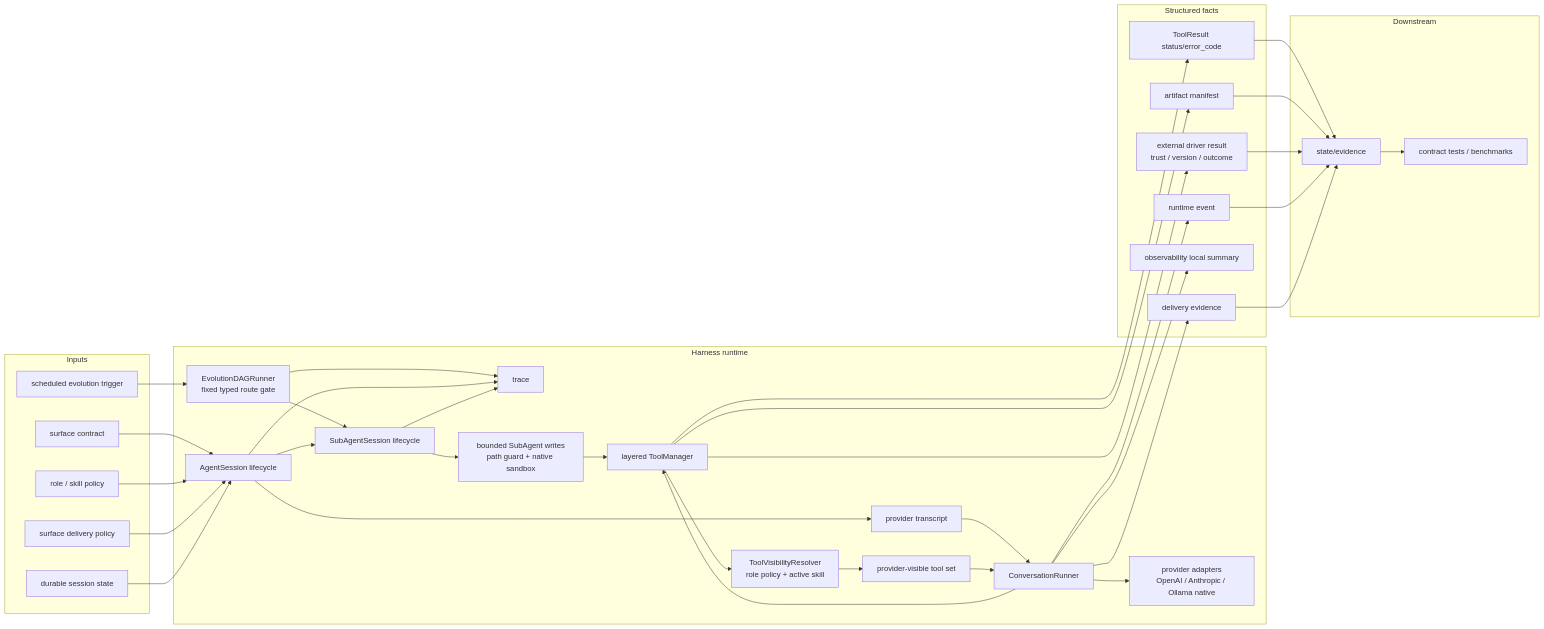
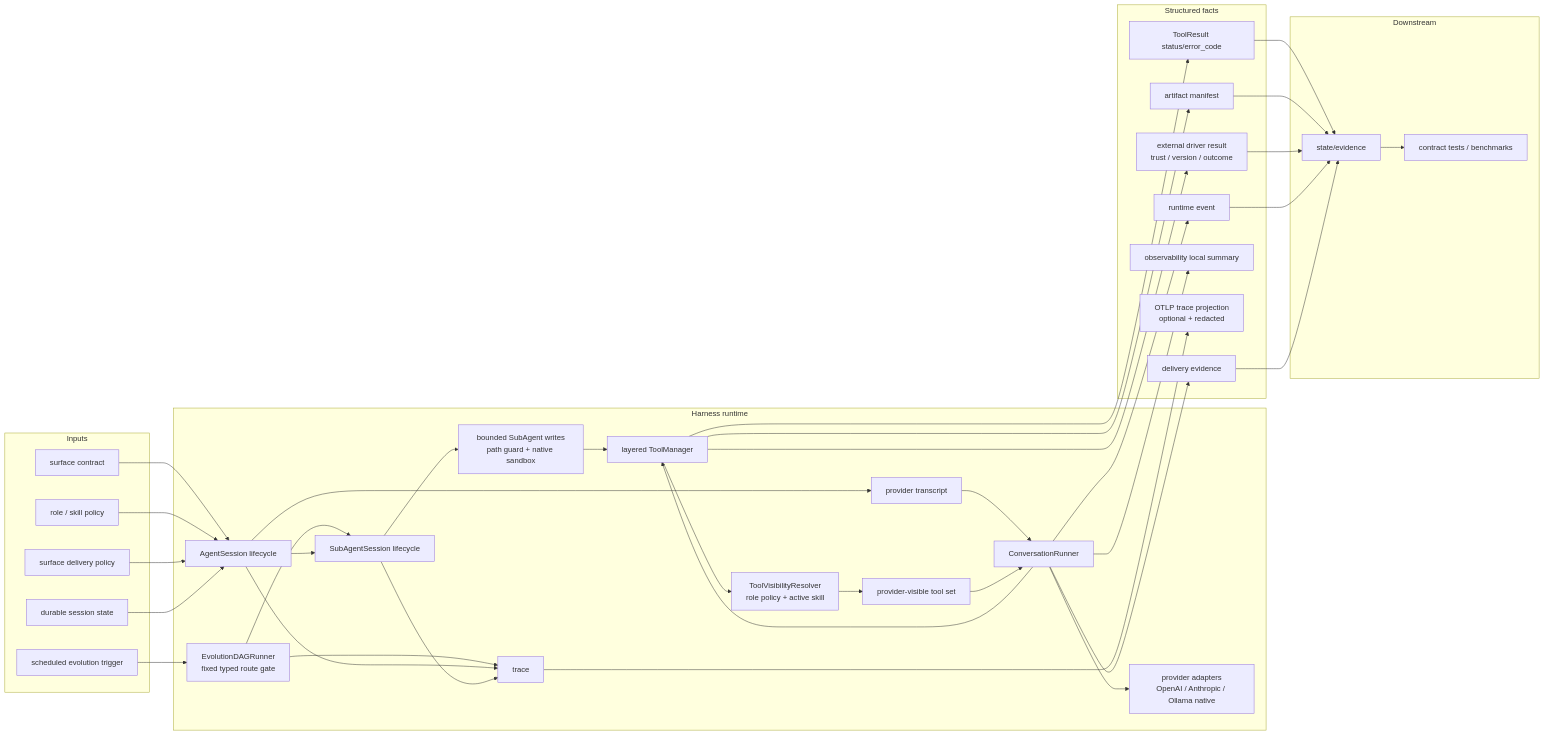
The second of 2 diagrams in docs/agent-runtime/SPEC.md (fightheyyy/XiaoBa-CLI), drawn with Mermaid before and after one commit. The commit also changed other lines of this file and 18 other files, not shown here.

Commit message:
add optional OTLP trace export

````diff
--- a/docs/agent-runtime/SPEC.md
+++ b/docs/agent-runtime/SPEC.md
@@ -121,70 +121,72 @@
 ```mermaid
 flowchart LR
     subgraph Inputs["Inputs"]
         Surface["surface contract"]
         Policy["role / skill policy"]
         SurfacePolicy["surface delivery policy"]
         Durable["durable session state"]
         Scheduled["scheduled evolution trigger"]
     end
 
     subgraph Harness["Harness runtime"]
         Session["AgentSession lifecycle"]
         Subagent["SubAgentSession lifecycle"]
         Trace["trace"]
         Transcript["provider transcript"]
         Runner["ConversationRunner"]
         Tools["layered ToolManager"]
         Resolver["ToolVisibilityResolver<br/>role policy + active skill"]
         VisibleTools["provider-visible tool set"]
         Providers["provider adapters<br/>OpenAI / Anthropic / Ollama native"]
         EvolutionDAG["EvolutionDAGRunner<br/>fixed typed route gate"]
         WriteBoundary["bounded SubAgent writes<br/>path guard + native sandbox"]
     end
 
     subgraph Facts["Structured facts"]
         ToolResult["ToolResult status/error_code"]
         Delivery["delivery evidence"]
         RuntimeEvent["runtime event"]
         Artifact["artifact manifest"]
         LocalSummary["observability local summary"]
+        OtelTrace["OTLP trace projection<br/>optional + redacted"]
         DriverResult["external driver result<br/>trust / version / outcome"]
     end
 
     subgraph Downstream["Downstream"]
         Evidence["state/evidence"]
         Gates["contract tests / benchmarks"]
     end
 
     Surface --> Session
     Policy --> Session
     SurfacePolicy --> Session
     Durable --> Session
     Scheduled --> EvolutionDAG
     EvolutionDAG --> Subagent
     EvolutionDAG --> Trace
     Session --> Trace
     Session --> Subagent
     Subagent --> Trace
     Subagent --> WriteBoundary
     WriteBoundary --> Tools
     Session --> Transcript
     Transcript --> Runner
     Runner --> Providers
     Runner --> Tools
     Tools --> Resolver
     Resolver --> VisibleTools
     VisibleTools --> Runner
     Tools --> ToolResult
     Tools --> Artifact
     Tools --> DriverResult
     Runner --> RuntimeEvent
     Runner --> Delivery
     Runner --> LocalSummary
+    Trace --> OtelTrace
     ToolResult --> Evidence
     Artifact --> Evidence
     DriverResult --> Evidence
     RuntimeEvent --> Evidence
     Delivery --> Evidence
     Evidence --> Gates
 ```
````
